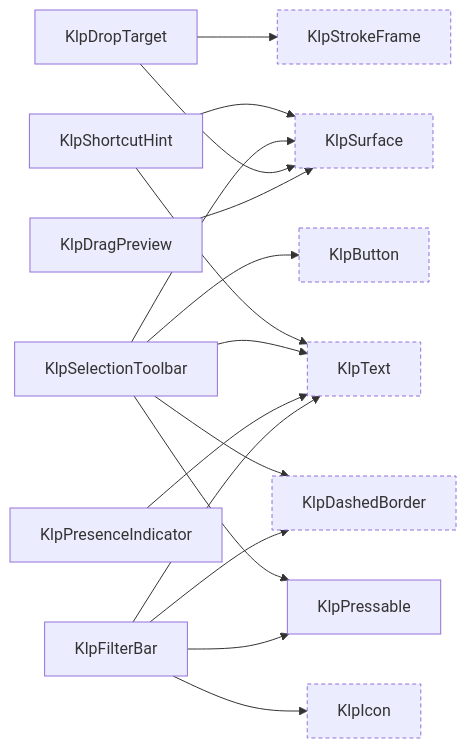
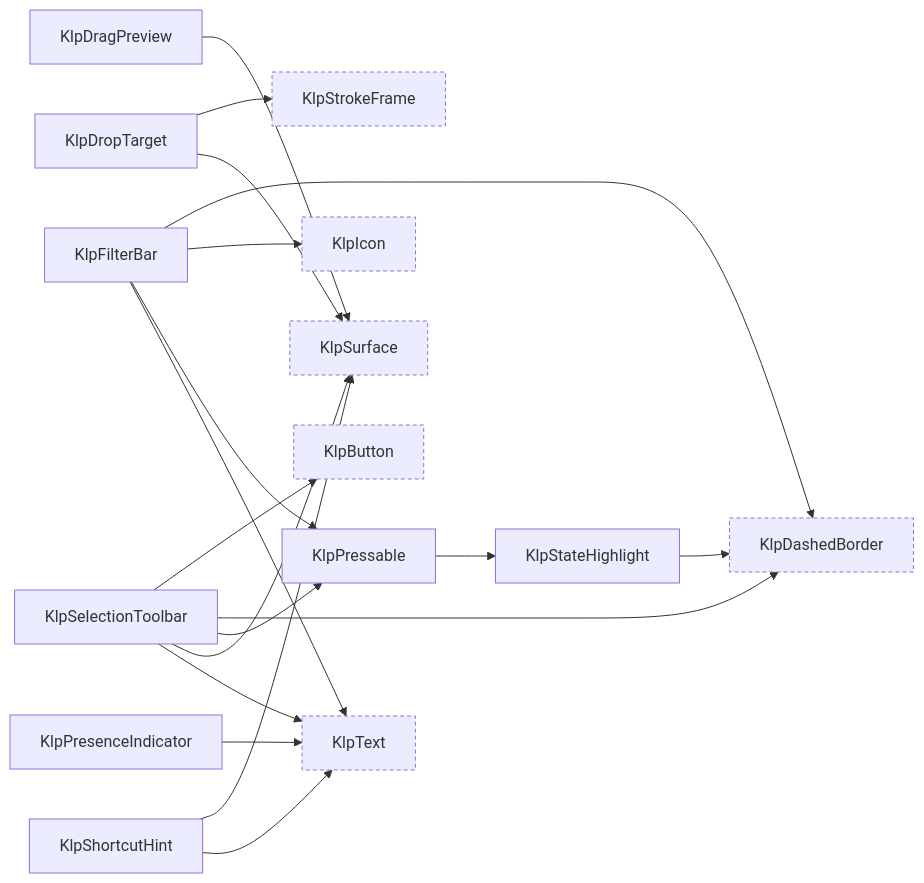
Before and after one commit to MiuDog/Kallopis: the fifth of 17 diagrams in spec/component-inventory.md, drawn with Mermaid. The commit also changed other lines of this file and 67 other files, not shown here.

````diff
--- a/spec/component-inventory.md
+++ b/spec/component-inventory.md
@@ -283,32 +283,35 @@
 ```mermaid
 graph LR
   KlpButton["KlpButton"]:::external
   KlpDashedBorder["KlpDashedBorder"]:::external
   KlpDragPreview["KlpDragPreview"]
   KlpDropTarget["KlpDropTarget"]
   KlpFilterBar["KlpFilterBar"]
   KlpIcon["KlpIcon"]:::external
   KlpPresenceIndicator["KlpPresenceIndicator"]
   KlpPressable["KlpPressable"]
   KlpSelectionToolbar["KlpSelectionToolbar"]
   KlpShortcutHint["KlpShortcutHint"]
+  KlpStateHighlight["KlpStateHighlight"]
   KlpStrokeFrame["KlpStrokeFrame"]:::external
   KlpSurface["KlpSurface"]:::external
   KlpText["KlpText"]:::external
   KlpDragPreview --> KlpSurface
   KlpDropTarget --> KlpStrokeFrame
   KlpDropTarget --> KlpSurface
   KlpFilterBar --> KlpDashedBorder
   KlpFilterBar --> KlpIcon
   KlpFilterBar --> KlpPressable
   KlpFilterBar --> KlpText
   KlpPresenceIndicator --> KlpText
+  KlpPressable --> KlpStateHighlight
   KlpSelectionToolbar --> KlpButton
   KlpSelectionToolbar --> KlpDashedBorder
   KlpSelectionToolbar --> KlpPressable
   KlpSelectionToolbar --> KlpSurface
   KlpSelectionToolbar --> KlpText
   KlpShortcutHint --> KlpSurface
   KlpShortcutHint --> KlpText
+  KlpStateHighlight --> KlpDashedBorder
   classDef external stroke-dasharray: 4 3;
 ```
````
